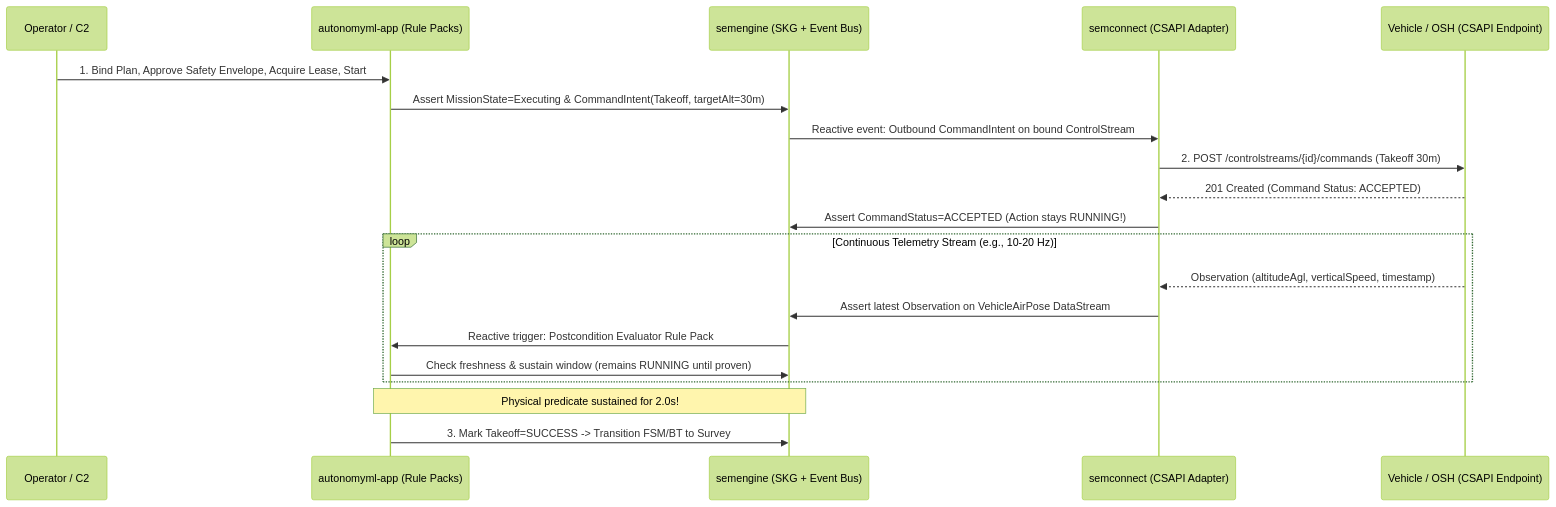
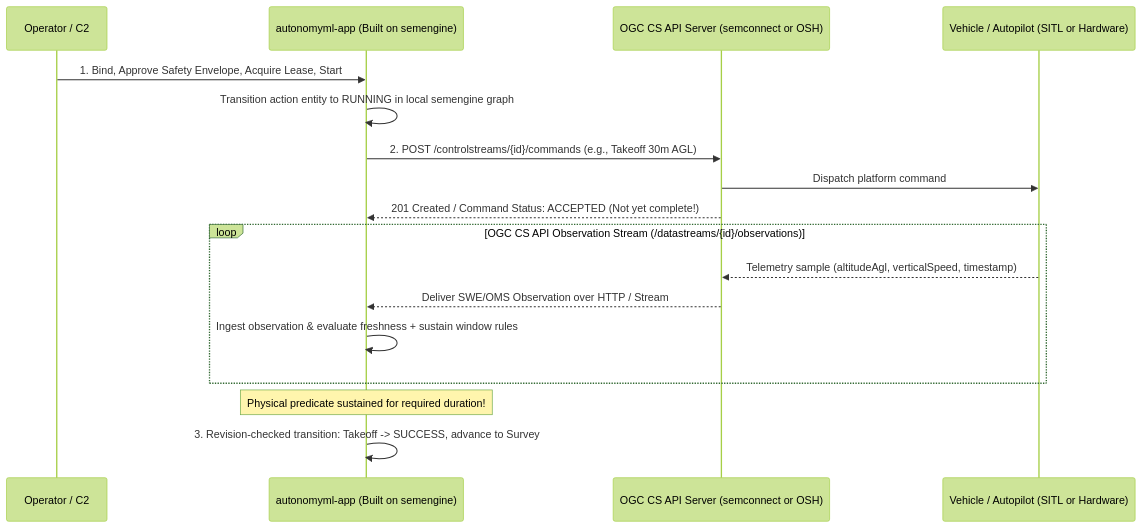
Before and after one commit to cam-s-hunt/autonomyml: the third of 4 diagrams in docs/research/reference-runtime-module-boundaries.md, drawn with Mermaid (forest theme). The commit also changed other lines of this file and 1 other file, not shown here.

Commit message:
docs(research): align runtime boundaries with semengine framework and OGC CS API

````diff
--- a/docs/research/reference-runtime-module-boundaries.md
+++ b/docs/research/reference-runtime-module-boundaries.md
@@ -184,25 +135,22 @@
 ```mermaid
 sequenceDiagram
     participant Op as Operator / C2
-    participant App as autonomyml-app (Rule Packs)
-    participant SKG as semengine (SKG + Event Bus)
-    participant SC as semconnect (CSAPI Adapter)
-    participant Veh as Vehicle / OSH (CSAPI Endpoint)
+    participant App as autonomyml-app (Built on semengine)
+    participant CS as OGC CS API Server (semconnect or OSH)
+    participant Veh as Vehicle / Autopilot (SITL or Hardware)
 
-    Op->>App: 1. Bind Plan, Approve Safety Envelope, Acquire Lease, Start
-    App->>SKG: Assert MissionState=Executing & CommandIntent(Takeoff, targetAlt=30m)
-    SKG->>SC: Reactive event: Outbound CommandIntent on bound ControlStream
-    SC->>Veh: 2. POST /controlstreams/{id}/commands (Takeoff 30m)
-    Veh-->>SC: 201 Created (Command Status: ACCEPTED)
-    SC->>SKG: Assert CommandStatus=ACCEPTED (Action stays RUNNING!)
+    Op->>App: 1. Bind, Approve Safety Envelope, Acquire Lease, Start
+    App->>App: Transition action entity to RUNNING in local semengine graph
+    App->>CS: 2. POST /controlstreams/{id}/commands (e.g., Takeoff 30m AGL)
+    CS->>Veh: Dispatch platform command
+    CS-->>App: 201 Created / Command Status: ACCEPTED (Not yet complete!)
 
-    loop Continuous Telemetry Stream (e.g., 10-20 Hz)
-        Veh-->>SC: Observation (altitudeAgl, verticalSpeed, timestamp)
-        SC->>SKG: Assert latest Observation on VehicleAirPose DataStream
-        SKG->>App: Reactive trigger: Postcondition Evaluator Rule Pack
-        App->>SKG: Check freshness & sustain window (remains RUNNING until proven)
+    loop OGC CS API Observation Stream (/datastreams/{id}/observations)
+        Veh-->>CS: Telemetry sample (altitudeAgl, verticalSpeed, timestamp)
+        CS-->>App: Deliver SWE/OMS Observation over HTTP / Stream
+        App->>App: Ingest observation & evaluate freshness + sustain window rules
     end
 
-    Note over App,SKG: Physical predicate sustained for 2.0s!
-    App->>SKG: 3. Mark Takeoff=SUCCESS -> Transition FSM/BT to Survey
+    Note over App: Physical predicate sustained for required duration!
+    App->>App: 3. Revision-checked transition: Takeoff -> SUCCESS, advance to Survey
 ```
````
